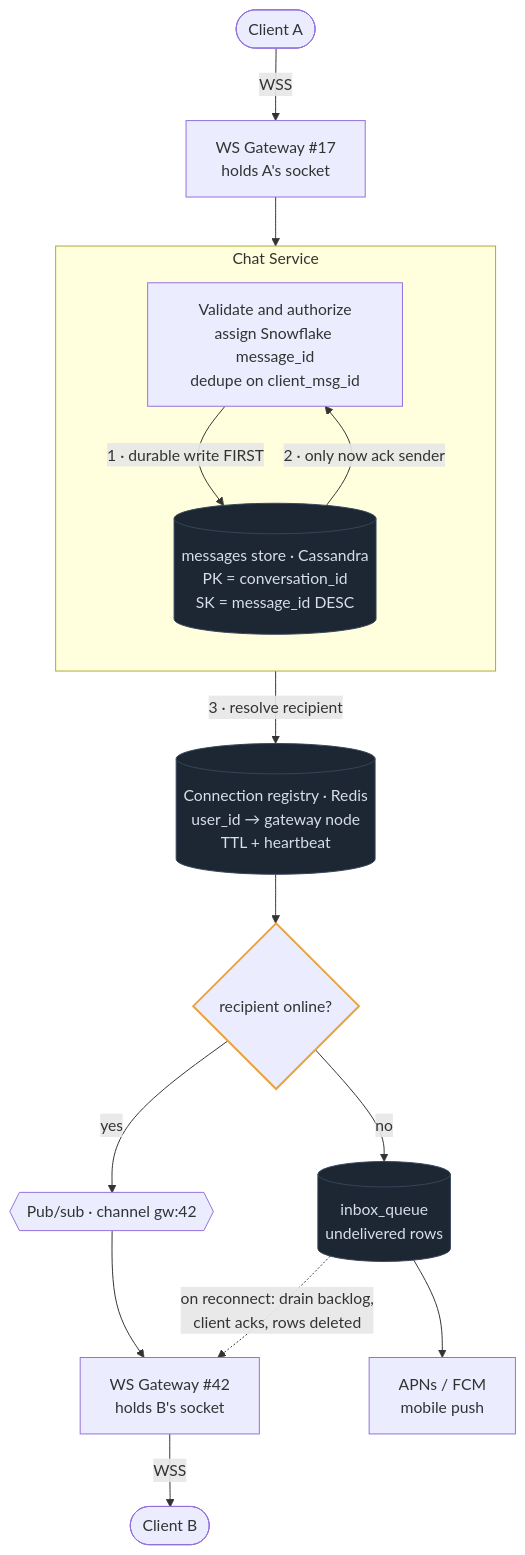
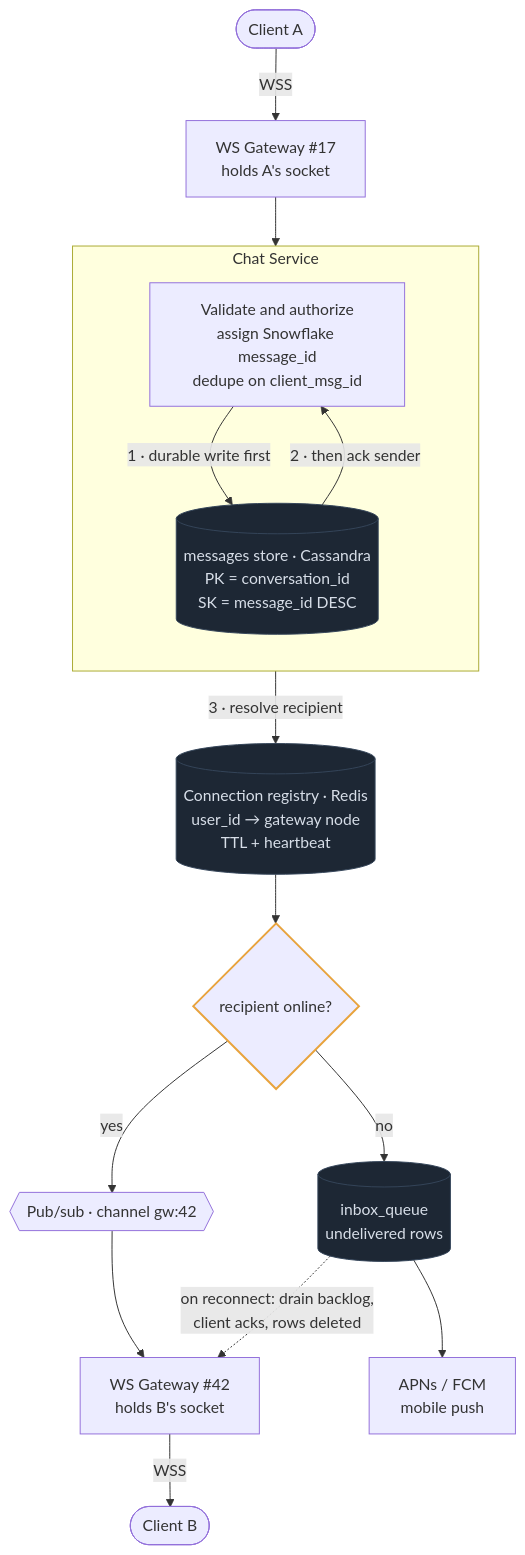
Before and after one commit to mertkahyaoglu/atlas: the diagram in content/designs/02-chat-slack.md, drawn with Mermaid. The commit also changed other lines of this file and 27 other files, not shown here.

First line of the commit message:
Diagram tooltips, design frontmatter panels, clearer architecture diagrams

````diff
--- a/content/designs/02-chat-slack.md
+++ b/content/designs/02-chat-slack.md
@@ -74,32 +111,36 @@
 ```mermaid
 flowchart TB
     A([Client A]) -- "WSS" --> GWA["WS Gateway #17<br/>holds A's socket"]
-    GWB["WS Gateway #42<br/>holds B's socket"] -- "WSS" --> B([Client B])
+    GWA --> Chat
 
     subgraph CHAT ["Chat Service"]
         direction TB
         Chat["Validate and authorize<br/>assign Snowflake message_id<br/>dedupe on client_msg_id"]
         Durable[("messages store · Cassandra<br/>PK = conversation_id<br/>SK = message_id DESC")]
-        Chat -- "1 · durable write FIRST" --> Durable
-        Durable -- "2 · only now ack sender" --> Chat
+        Chat -- "1 · durable write first" --> Durable
+        Durable -- "2 · then ack sender" --> Chat
     end
-
-    GWA --> Chat
 
     Chat -- "3 · resolve recipient" --> Registry
     Registry[("Connection registry · Redis<br/>user_id → gateway node<br/>TTL + heartbeat")]
     Registry --> Online{"recipient online?"}
 
     Online -- "yes" --> PubSub{{"Pub/sub · channel gw:42"}}
-    PubSub --> GWB
+    PubSub --> GWB["WS Gateway #42<br/>holds B's socket"]
+    GWB -- "WSS" --> B([Client B])
 
     Online -- "no" --> Inbox[("inbox_queue<br/>undelivered rows")]
     Inbox --> Push["APNs / FCM<br/>mobile push"]
-
     Inbox -. "on reconnect: drain backlog,<br/>client acks, rows deleted" .-> GWB
 
     classDef store fill:#1d2734,stroke:#35455a,color:#d7dee8
     classDef hot stroke:#e8a33d,stroke-width:2px
     class Durable,Registry,Inbox store
     class Online hot
+
+    click GWA href "/docs/07-apis-and-communication" "Role: keeps sender A's persistent connection and forwards messages inward.<br/>Trade-off: a stateful node, and a crash drops thousands of sockets that all reconnect."
+    click GWB href "/docs/07-apis-and-communication" "Role: pushes messages to B over the socket it holds.<br/>Trade-off: sticky state, so rebalancing gateways causes reconnect storms."
+    click Durable href "/docs/02-data-storage" "Role: persists every message before the sender gets an ack, one partition per conversation.<br/>Trade-off: very large group chats turn into hot partitions."
+    click Registry href "/docs/07-apis-and-communication" "Role: finds which gateway holds the recipient's socket.<br/>Trade-off: entries go stale when a gateway crashes, and TTL heartbeats bound how wrong they get."
+    click PubSub href "/docs/05-async-messaging-and-event-driven" "Role: delivers to the one gateway holding B instead of every node.<br/>Trade-off: fire-and-forget, so the inbox queue covers anything it loses."
 ```
````
